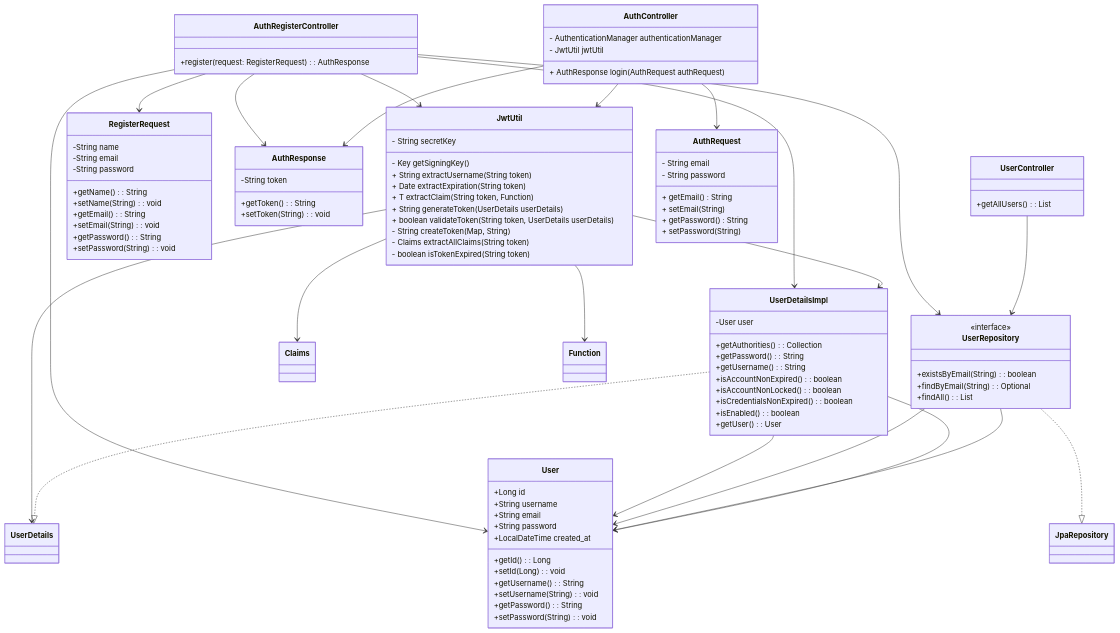
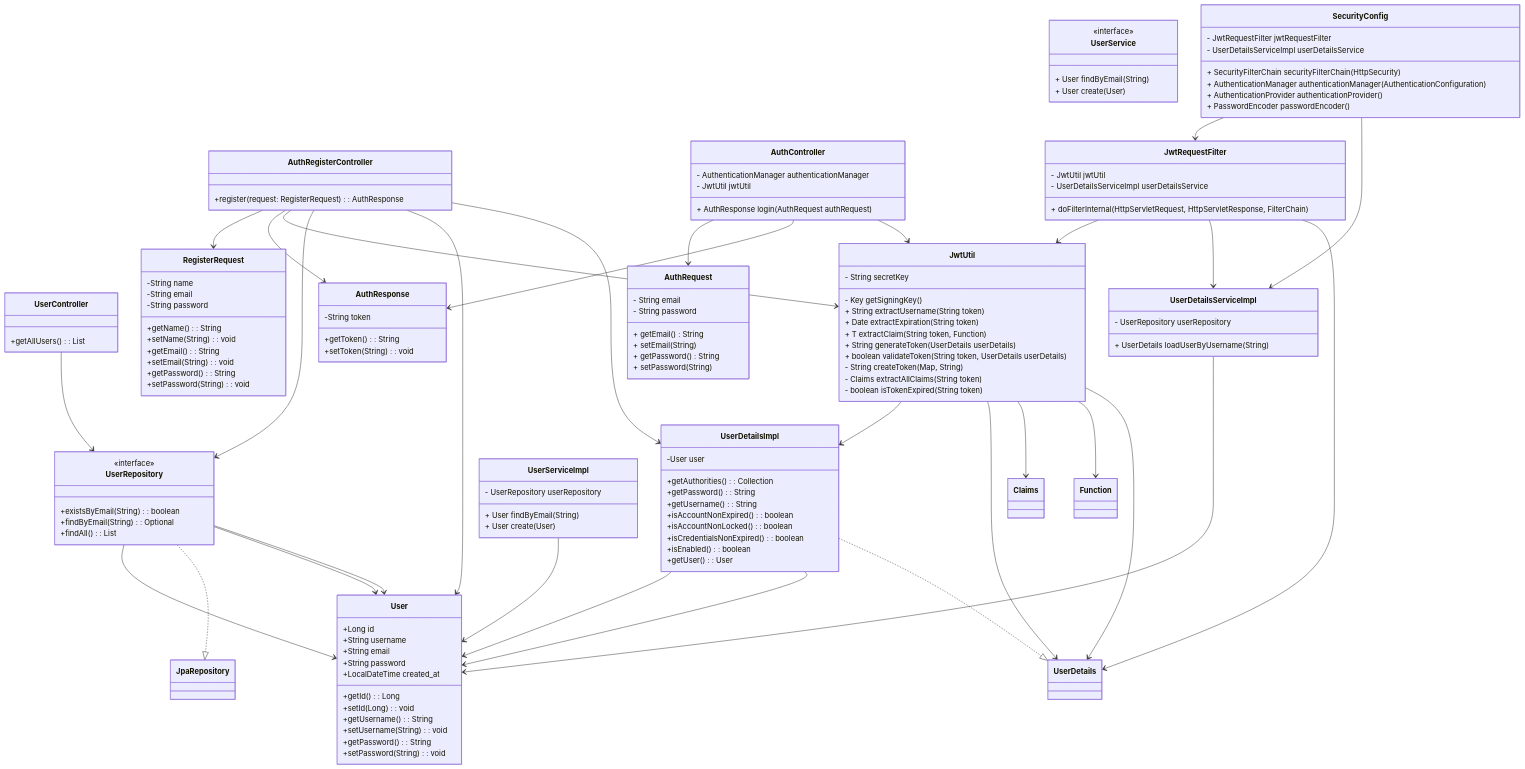
Before and after one commit to andrechamelete/flow-management: the diagram in README.md, drawn with Mermaid.

Commit message:
Update README.md with mermaid notation

````diff
--- a/README.md
+++ b/README.md
@@ -97,6 +97,40 @@
         + setPassword(String)
     }
 
+    class UserService {
+      <<interface>>
+      + User findByEmail(String)
+      + User create(User)
+    }
+
+    class UserServiceImpl {
+      - UserRepository userRepository
+      + User findByEmail(String)
+      + User create(User)
+    }
+
+    %% ========= SECURITY ========= %%
+    class UserDetailsServiceImpl {
+      - UserRepository userRepository
+      + UserDetails loadUserByUsername(String)
+    }
+
+    class JwtRequestFilter {
+      - JwtUtil jwtUtil
+      - UserDetailsServiceImpl userDetailsService
+      + doFilterInternal(HttpServletRequest, HttpServletResponse, FilterChain)
+    }
+
+    class SecurityConfig {
+      - JwtRequestFilter jwtRequestFilter
+      - UserDetailsServiceImpl userDetailsService
+      + SecurityFilterChain securityFilterChain(HttpSecurity)
+      + AuthenticationManager authenticationManager(AuthenticationConfiguration)
+      + AuthenticationProvider authenticationProvider()
+      + PasswordEncoder passwordEncoder()
+    }
+
+
 
     AuthRegisterController --> RegisterRequest
     AuthRegisterController --> AuthResponse
@@ -120,4 +154,14 @@
     JwtUtil --> Claims
     JwtUtil --> Function
 
+    JwtRequestFilter --> JwtUtil
+    JwtRequestFilter --> UserDetailsServiceImpl
+    SecurityConfig --> JwtRequestFilter
+    SecurityConfig --> UserDetailsServiceImpl
+    UserDetailsServiceImpl --> User
+    JwtRequestFilter --> UserDetails
+    JwtUtil --> UserDetails
+    UserServiceImpl --> User
+    UserRepository --> User
+
 ```
````
